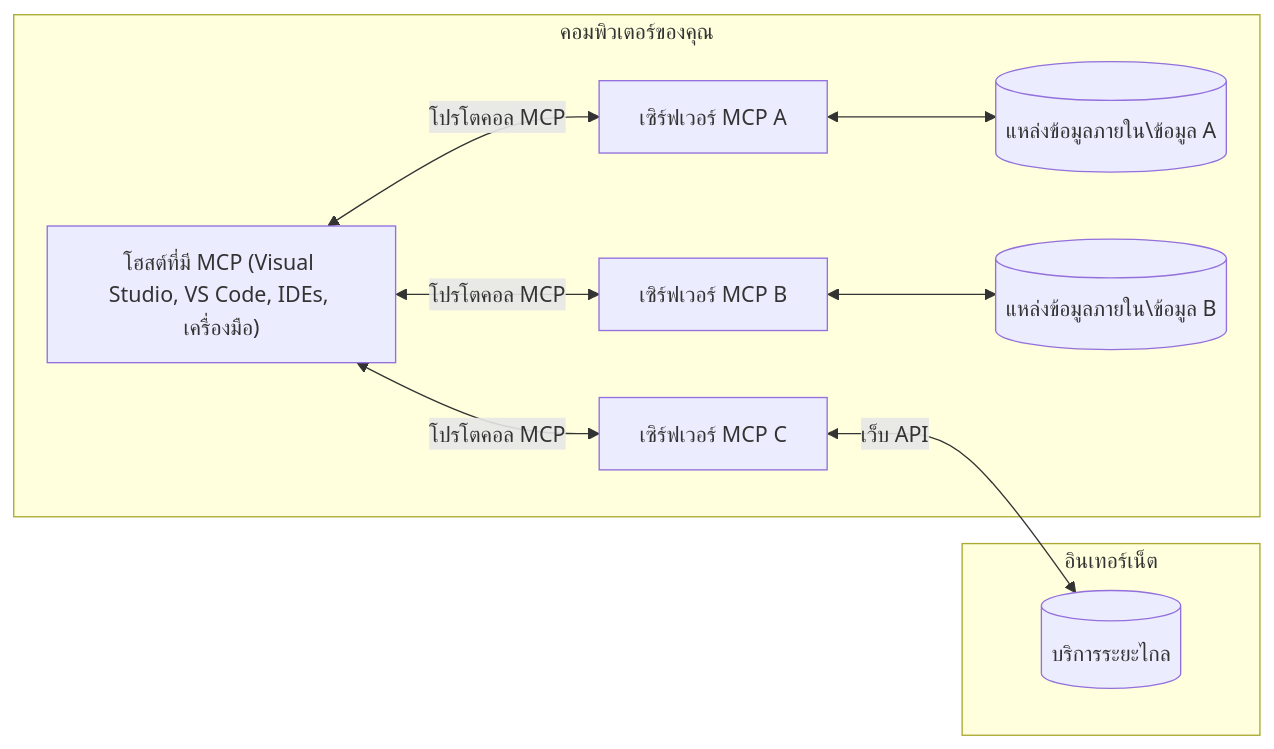
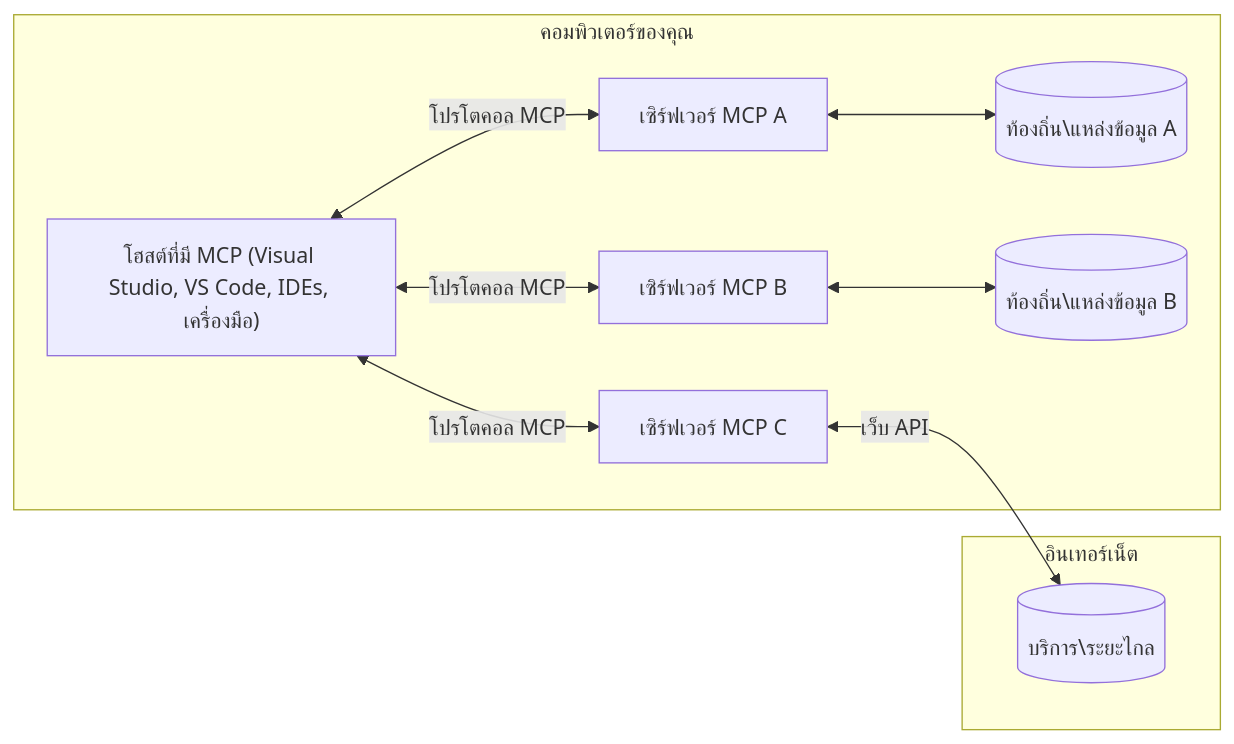
The diagram in translations/th/01-CoreConcepts/README.md (Mu-L/mcp-for-beginners), drawn with Mermaid before and after one commit. The commit also changed other lines of this file and 110 other files, not shown here.

````diff
--- a/translations/th/01-CoreConcepts/README.md
+++ b/translations/th/01-CoreConcepts/README.md
@@ -45,17 +45,17 @@
 ```mermaid
 flowchart LR
     subgraph "คอมพิวเตอร์ของคุณ"
         Host["โฮสต์ที่มี MCP (Visual Studio, VS Code, IDEs, เครื่องมือ)"]
         S1["เซิร์ฟเวอร์ MCP A"]
         S2["เซิร์ฟเวอร์ MCP B"]
         S3["เซิร์ฟเวอร์ MCP C"]
         Host <-->|"โปรโตคอล MCP"| S1
         Host <-->|"โปรโตคอล MCP"| S2
         Host <-->|"โปรโตคอล MCP"| S3
-        S1 <--> D1[("แหล่งข้อมูลภายใน\ข้อมูล A")]
-        S2 <--> D2[("แหล่งข้อมูลภายใน\ข้อมูล B")]
+        S1 <--> D1[("ท้องถิ่น\แหล่งข้อมูล A")]
+        S2 <--> D2[("ท้องถิ่น\แหล่งข้อมูล B")]
     end
     subgraph "อินเทอร์เน็ต"
-        S3 <-->|"เว็บ API"| D3[("บริการระยะไกล")]
+        S3 <-->|"เว็บ API"| D3[("บริการ\ระยะไกล")]
     end
-```
+```  
````
